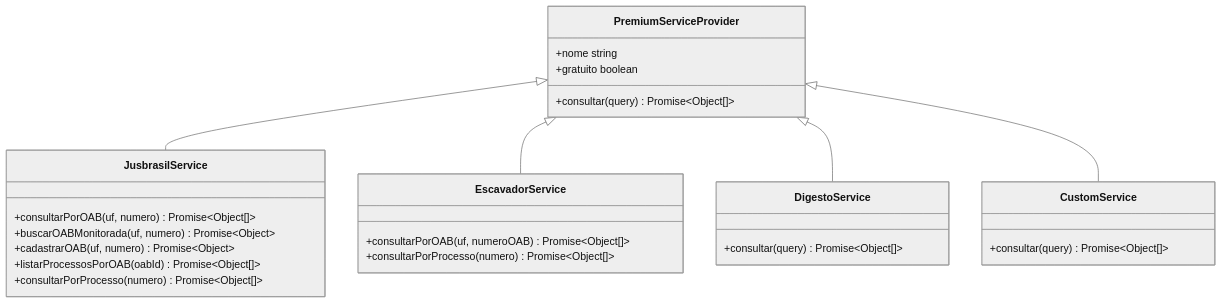
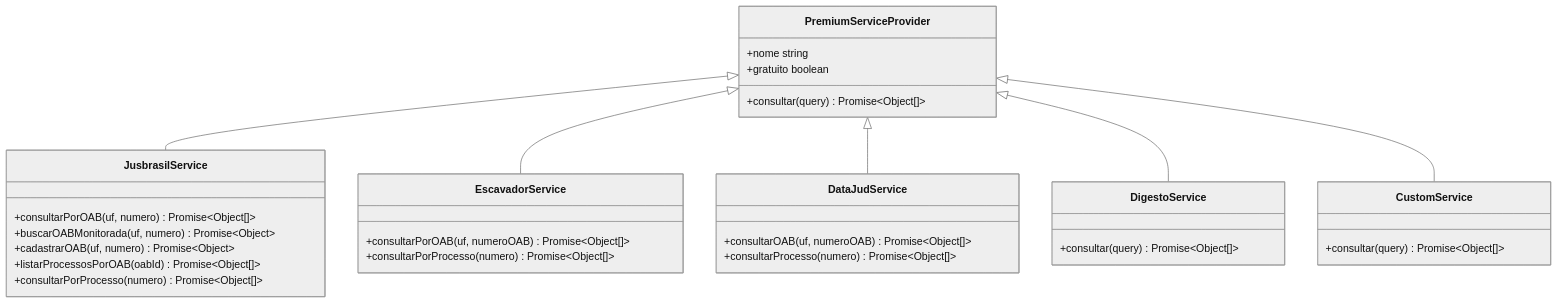
The third of 20 diagrams in .qoder/repowiki/en/content/API Integration Layer/Premium Paid Service Integration.md (Alexandrexicara/bot-processos), drawn with Mermaid (neutral theme) before and after one commit. The commit also changed other lines of this file and 10 other files, not shown here.

````diff
--- a/.qoder/repowiki/en/content/API Integration Layer/Premium Paid Service Integration.md
+++ b/.qoder/repowiki/en/content/API Integration Layer/Premium Paid Service Integration.md
@@ -199,29 +204,34 @@
 ```mermaid
 classDiagram
 class PremiumServiceProvider {
 +consultar(query) Promise~Object[]~
 +nome string
 +gratuito boolean
 }
 class JusbrasilService {
 +consultarPorOAB(uf, numero) Promise~Object[]~
 +buscarOABMonitorada(uf, numero) Promise~Object~
 +cadastrarOAB(uf, numero) Promise~Object~
 +listarProcessosPorOAB(oabId) Promise~Object[]~
 +consultarPorProcesso(numero) Promise~Object[]~
 }
 class EscavadorService {
 +consultarPorOAB(uf, numeroOAB) Promise~Object[]~
 +consultarPorProcesso(numero) Promise~Object[]~
 }
+class DataJudService {
++consultarOAB(uf, numeroOAB) Promise~Object[]~
++consultarProcesso(numero) Promise~Object[]~
+}
 class DigestoService {
 +consultar(query) Promise~Object[]~
 }
 class CustomService {
 +consultar(query) Promise~Object[]~
 }
 PremiumServiceProvider <|-- JusbrasilService
 PremiumServiceProvider <|-- EscavadorService
+PremiumServiceProvider <|-- DataJudService
 PremiumServiceProvider <|-- DigestoService
 PremiumServiceProvider <|-- CustomService
 ```
````
